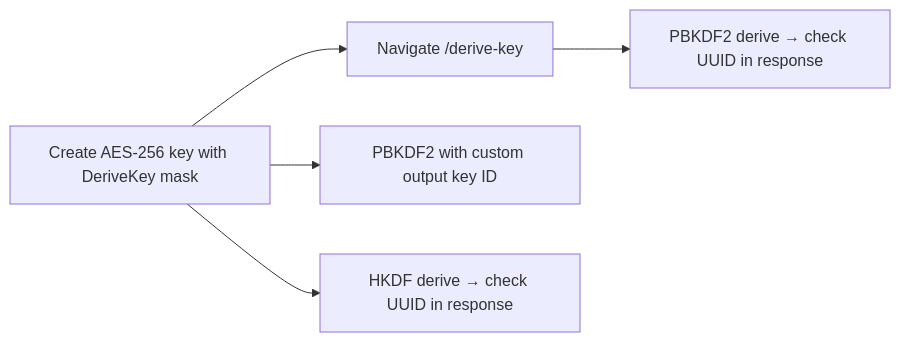
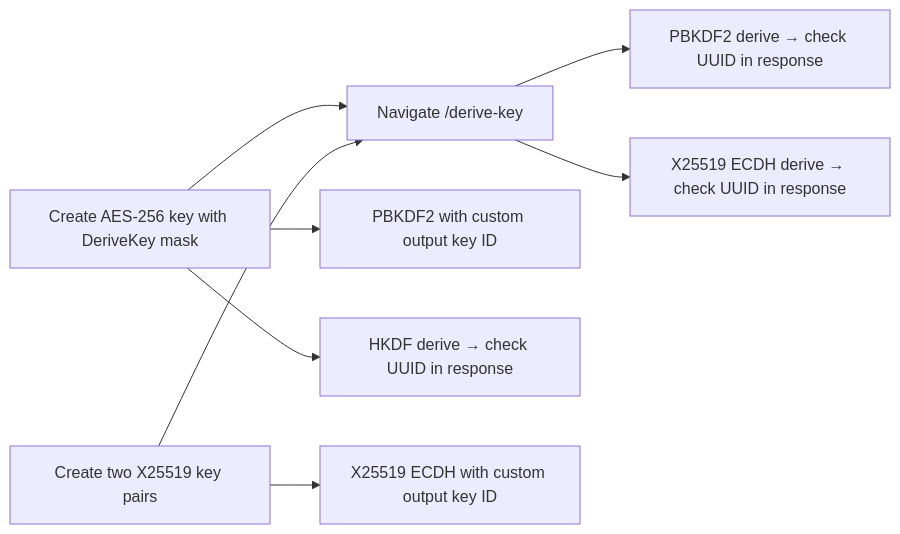
Diagram 29 of 40 in ui/tests/e2e/README.md (Cosmian/kms), drawn with Mermaid before and after one commit. The commit also changed other lines of this file and 68 other files, not shown here.

````diff
--- a/ui/tests/e2e/README.md
+++ b/ui/tests/e2e/README.md
@@ -533,7 +533,10 @@
 ```mermaid
 graph LR
     A[Create AES-256 key with DeriveKey mask] --> B[Navigate /derive-key]
     B --> C[PBKDF2 derive → check UUID in response]
     A --> D[PBKDF2 with custom output key ID]
     A --> E[HKDF derive → check UUID in response]
+    F[Create two X25519 key pairs] --> B
+    B --> G[X25519 ECDH derive → check UUID in response]
+    F --> H[X25519 ECDH with custom output key ID]
 ```
````
